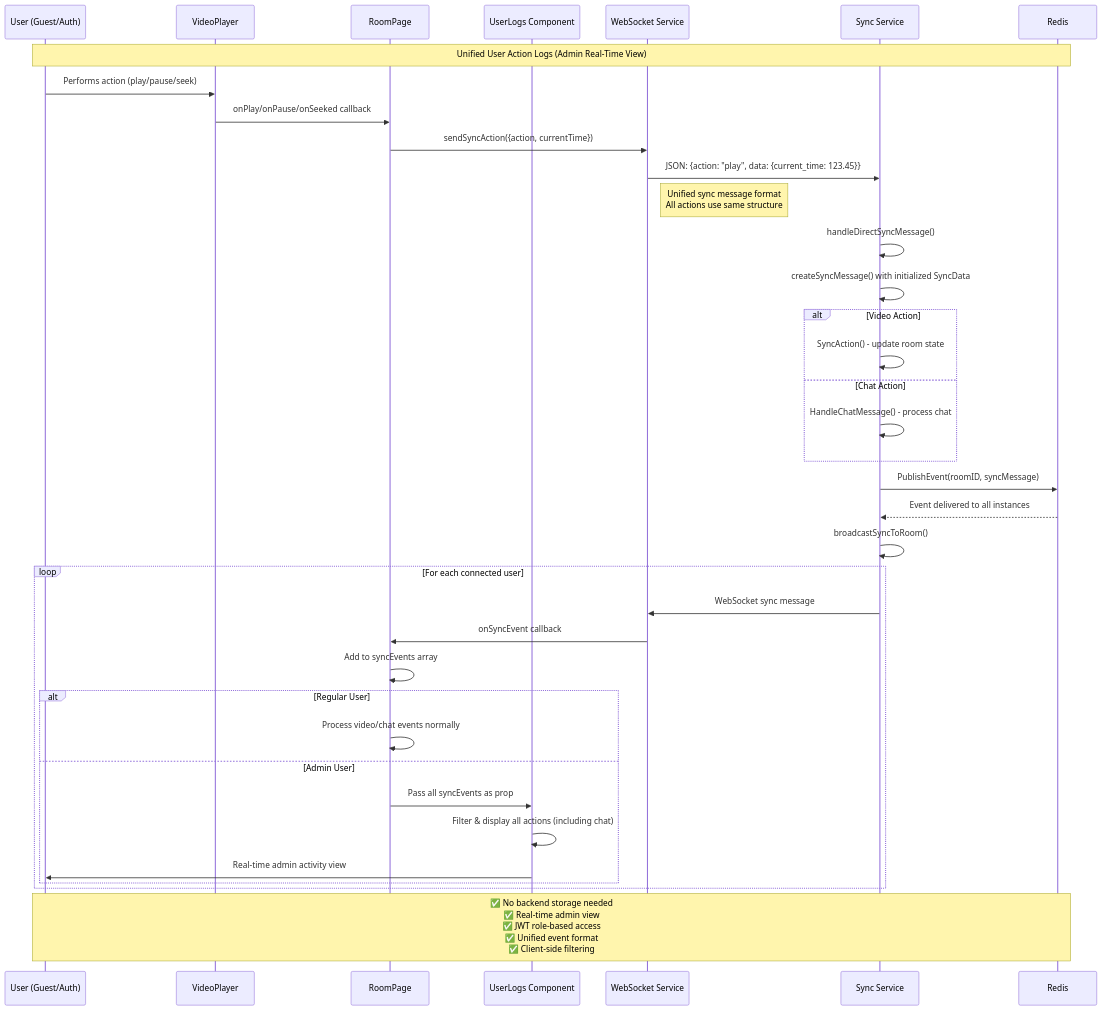
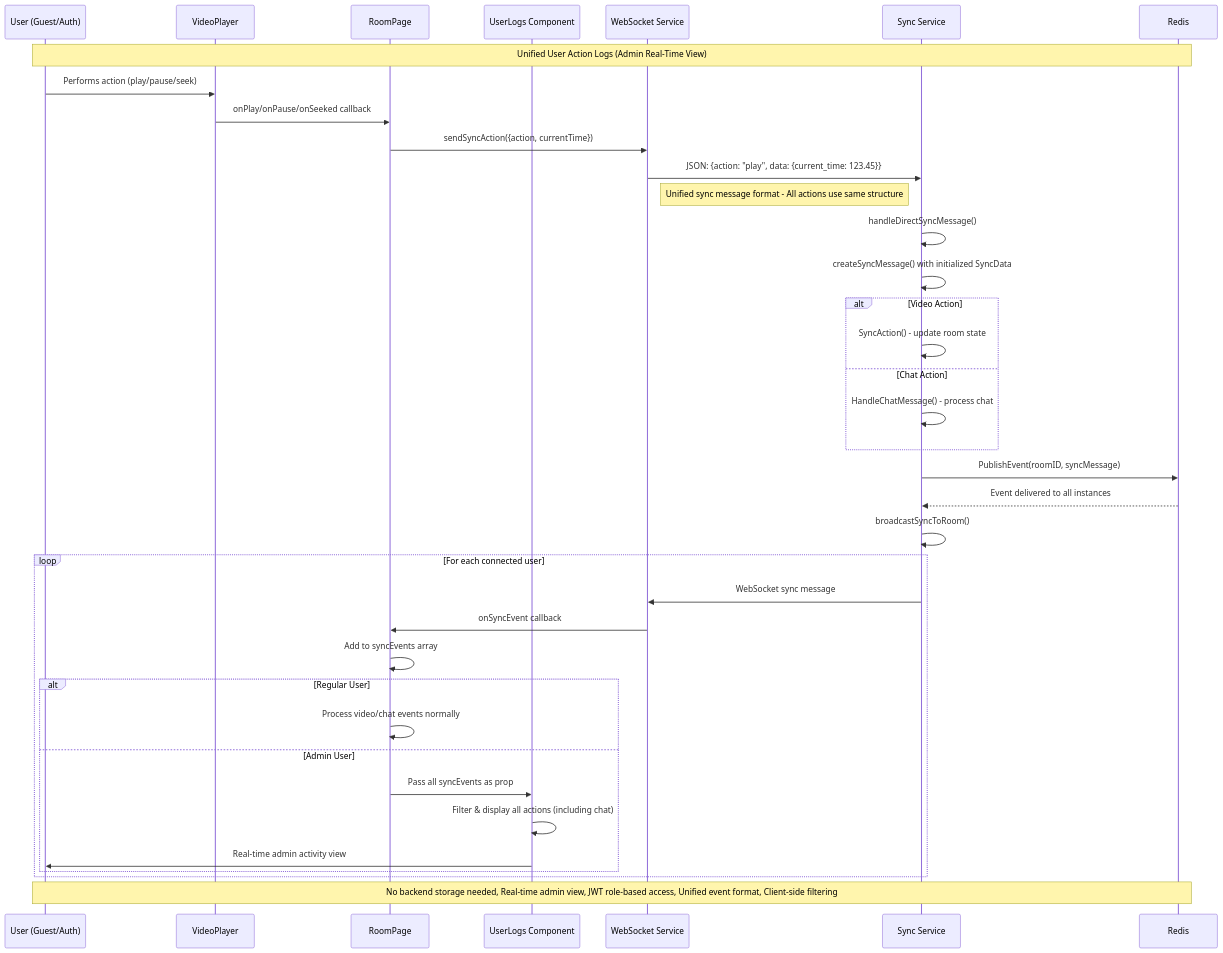
The diagram in docs/sequence-diagram/10-user-action-logs-technical.mermaid (c3llus/watch-party), drawn with Mermaid before and after one commit. The commit also changed 15 other files, not shown here.

```diff
--- a/docs/sequence-diagram/10-user-action-logs-technical.mermaid
+++ b/docs/sequence-diagram/10-user-action-logs-technical.mermaid
@@ -1,51 +1,51 @@
 sequenceDiagram
     participant U as User (Guest/Auth)
     participant VPlayer as VideoPlayer
     participant RP as RoomPage
     participant UL as UserLogs Component
     participant WS as WebSocket Service
     participant SS as Sync Service
     participant Redis as Redis
 
     Note over U, Redis: Unified User Action Logs (Admin Real-Time View)
 
     %% Video Action Triggers
     U->>VPlayer: Performs action (play/pause/seek)
     VPlayer->>RP: onPlay/onPause/onSeeked callback
     RP->>WS: sendSyncAction({action, currentTime})
     
     %% Unified WebSocket Message Format
     WS->>SS: JSON: {action: "play", data: {current_time: 123.45}}
-    Note right of WS: Unified sync message format<br/>All actions use same structure
+    Note right of WS: Unified sync message format - All actions use same structure
     
     %% Backend Processing
     SS->>SS: handleDirectSyncMessage()
     SS->>SS: createSyncMessage() with initialized SyncData
     alt Video Action
         SS->>SS: SyncAction() - update room state
     else Chat Action
         SS->>SS: HandleChatMessage() - process chat
     end
     
     %% Broadcasting to All Users
     SS->>Redis: PublishEvent(roomID, syncMessage)
     Redis-->>SS: Event delivered to all instances
     SS->>SS: broadcastSyncToRoom()
     
     %% Real-time Updates to All Users
     loop For each connected user
         SS->>WS: WebSocket sync message
         WS->>RP: onSyncEvent callback
         RP->>RP: Add to syncEvents array
         
         alt Regular User
             RP->>RP: Process video/chat events normally
         else Admin User
             RP->>UL: Pass all syncEvents as prop
             UL->>UL: Filter & display all actions (including chat)
             UL->>U: Real-time admin activity view
         end
     end
     
     %% Key Benefits
-    Note over U, Redis: ✅ No backend storage needed<br/>✅ Real-time admin view<br/>✅ JWT role-based access<br/>✅ Unified event format<br/>✅ Client-side filtering
+    Note over U, Redis: No backend storage needed, Real-time admin view, JWT role-based access, Unified event format, Client-side filtering
```
